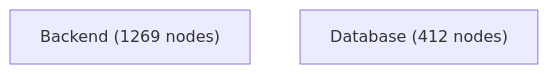
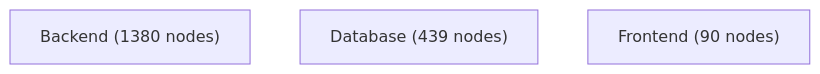
The diagram in docs/architecture-analysis/views/containers.mmd (jankneumann/agentic-coding-tools), drawn with Mermaid before and after one commit. The commit also changed 16 other files, not shown here.

First line of the commit message:
chore(context): regenerate stale context artifacts and track architecture provenance

```diff
--- a/docs/architecture-analysis/views/containers.mmd
+++ b/docs/architecture-analysis/views/containers.mmd
@@ -1,3 +1,4 @@
 flowchart TB
-    Backend["Backend (1269 nodes)"]
-    Database["Database (412 nodes)"]
+    Backend["Backend (1380 nodes)"]
+    Database["Database (439 nodes)"]
+    Frontend["Frontend (90 nodes)"]
```
